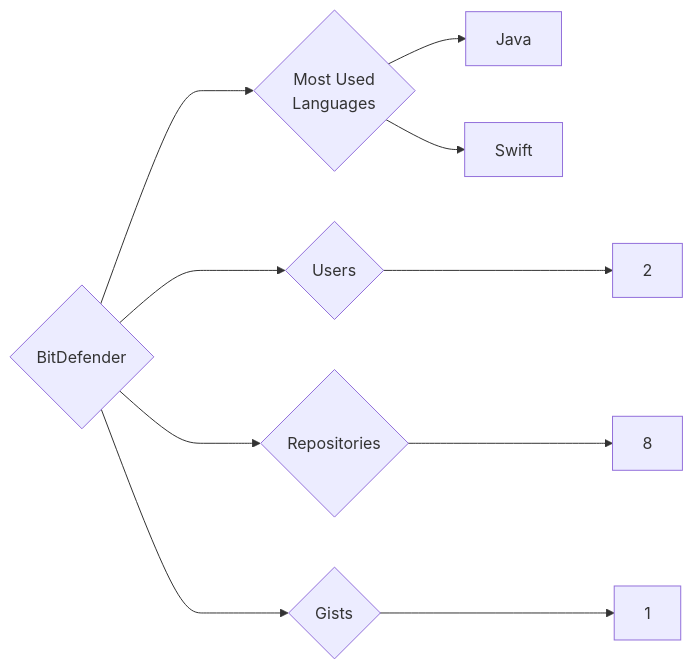
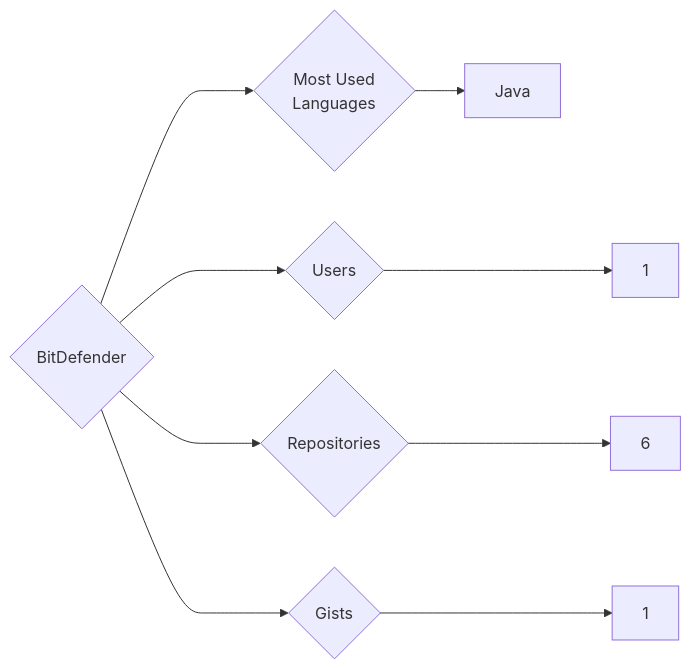
The diagram in targets/BitDefender/README.md (trickest/insiders), drawn with Mermaid before and after one commit. The commit also changed 1092 other files, not shown here.

````diff
--- a/targets/BitDefender/README.md
+++ b/targets/BitDefender/README.md
@@ -3,10 +3,9 @@
 ```mermaid
 graph LR
 COMPANY_NAME{BitDefender}
-COMPANY_NAME ---> U{Users} ---> UN[2]
-COMPANY_NAME ---> R{Repositories} ---> RN[8]
+COMPANY_NAME ---> U{Users} ---> UN[1]
+COMPANY_NAME ---> R{Repositories} ---> RN[6]
 COMPANY_NAME ---> G{Gists} ---> GN[1]
 COMPANY_NAME ---> ML{Most Used<br>Languages}
 ML --> Java[Java]
-ML --> Swift[Swift]
 ```
````
